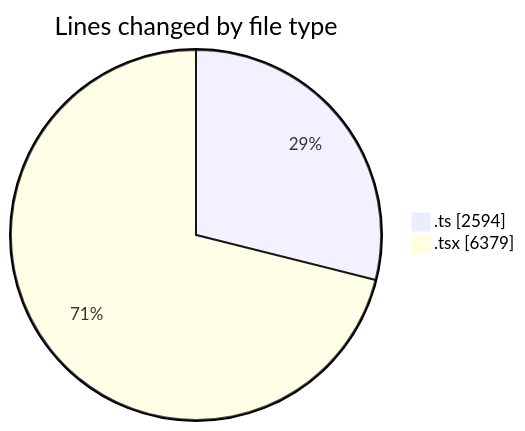
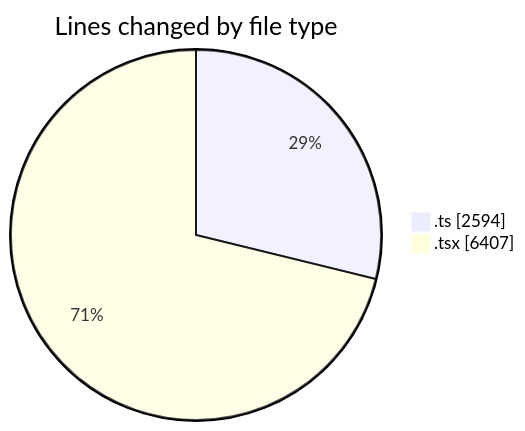
The first of 2 diagrams in 2025-07-01/cda/README.md (momahboobian/code-tracking), drawn with Mermaid before and after one commit. The commit also changed other lines of this file and 1 other file, not shown here.

````diff
--- a/2025-07-01/cda/README.md
+++ b/2025-07-01/cda/README.md
@@ -44,6 +44,6 @@
 ```mermaid
 pie showData
 title Lines changed by file type
 ".ts" : 2594
-".tsx" : 6379
+".tsx" : 6407
 ```
````
